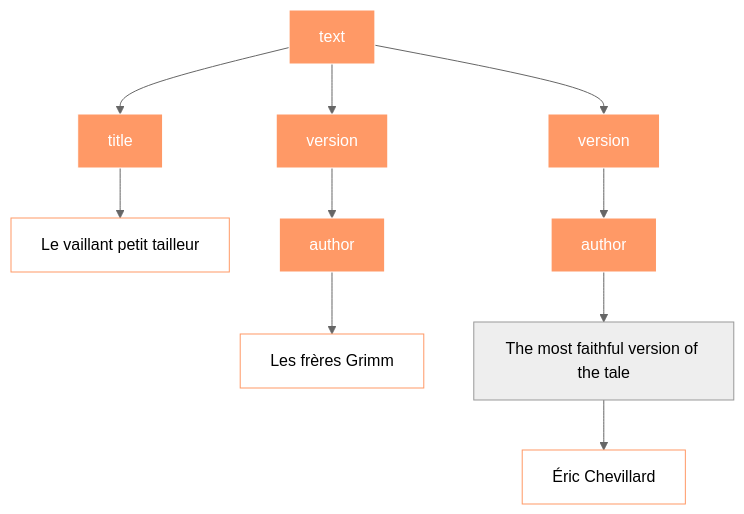
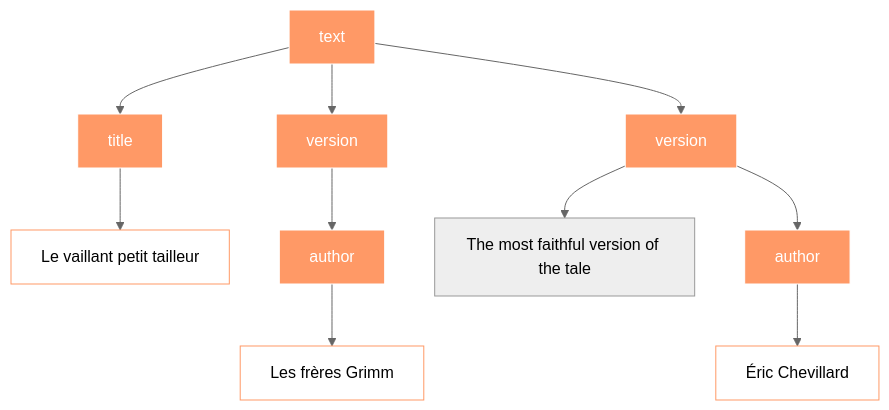
One commit to Alex-bzh/XML-M2ILTS changed the third of 3 diagrams in slideshows/2.xml_syntax.qmd. Above: the diagram before and after it, drawn with Mermaid (neutral theme).

````diff
--- a/slideshows/2.xml_syntax.qmd
+++ b/slideshows/2.xml_syntax.qmd
@@ -299,10 +299,11 @@
 ```{mermaid}
 flowchart TD
   A[text]:::tag --> B[title]:::tag --> G["Le vaillant petit tailleur"]:::text
   A --> C[version]:::tag --> E[author]:::tag --> H["Les frères Grimm"]:::text
-  A --> D[version]:::tag --> F[author]:::tag
-  --> J["The most faithful version of the tale"] --> I["Éric Chevillard"]:::text
+  A --> D[version]:::tag
+  D --> J["The most faithful version of the tale"]
+  D --> F[author]:::tag --> I["Éric Chevillard"]:::text
 
   classDef tag fill:#f96,stroke:white,color:white
   classDef text fill:white,stroke:#f96
 ```
````
